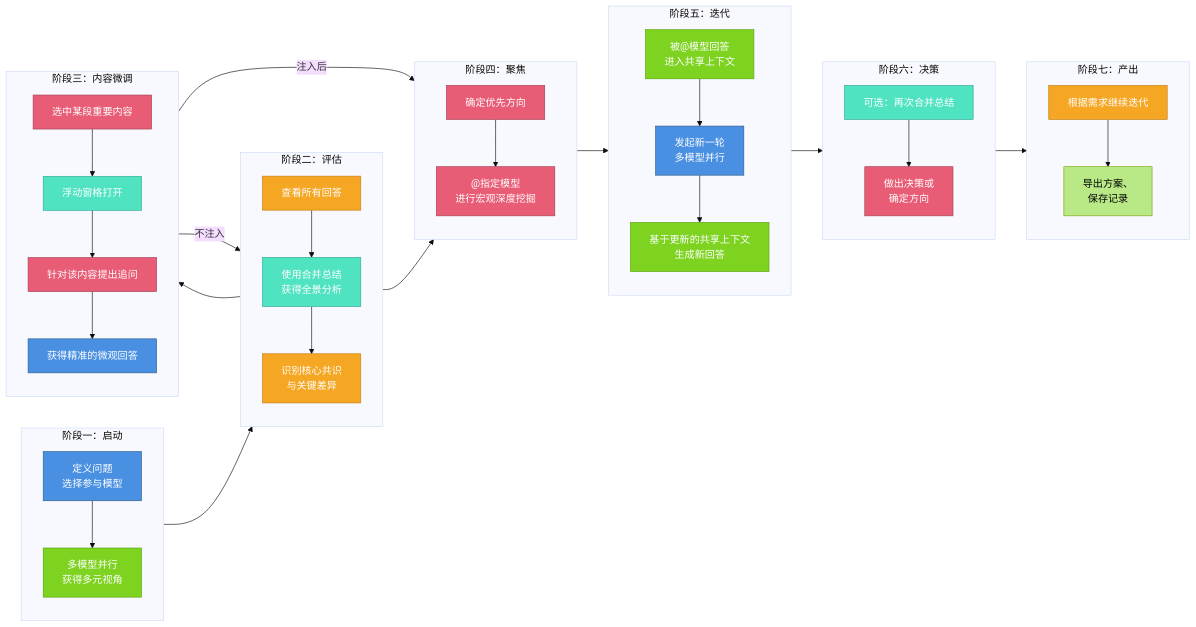
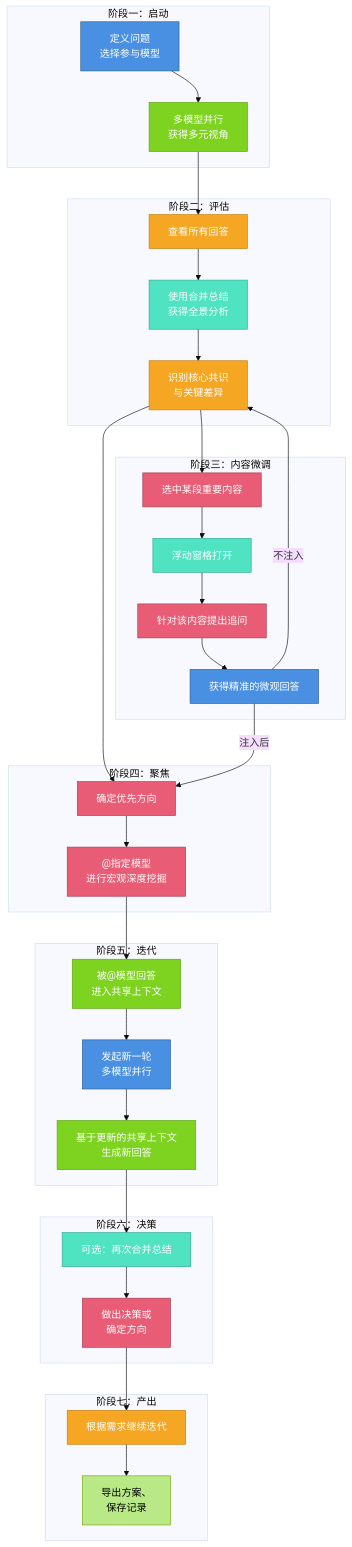
The ninth of 24 diagrams in openwebui介绍.md (Fu-Jie/awesome-openwebui), drawn with Mermaid (base theme) before and after one commit. The commit also changed other lines of this file, not shown here.

Commit message:
优化工作流图示：简化多个阶段的连接方式，提升可读性和逻辑清晰度

````diff
--- a/openwebui介绍.md
+++ b/openwebui介绍.md
@@ -459,66 +443,47 @@
 ```mermaid
-graph LR
+graph TD
+
+    A ~~~ J
+
+    %% Column 1
     subgraph "阶段一：启动"
-        direction TD
-        A["定义问题<br/>选择参与模型"]
-        B["多模型并行<br/>获得多元视角"]
-        A --> B
+        A["定义问题<br/>选择参与模型"] --> B["多模型并行<br/>获得多元视角"]
     end
     
     subgraph "阶段二：评估"
-        direction TD
-        C["查看所有回答"]
-        D["使用合并总结<br/>获得全景分析"]
-        E["识别核心共识<br/>与关键差异"]
-        C --> D --> E
+        C["查看所有回答"] --> D["使用合并总结<br/>获得全景分析"] --> E["识别核心共识<br/>与关键差异"]
     end
     
     subgraph "阶段三：内容微调"
-        direction TD
-        F["选中某段重要内容"]
-        G["浮动窗格打开"]
-        H["针对该内容提出追问"]
-        I["获得精准的微观回答"]
-        F --> G --> H --> I
+        F["选中某段重要内容"] --> G["浮动窗格打开"] --> H["针对该内容提出追问"] --> I["获得精准的微观回答"]
     end
-    
+
+    %% Column 2
     subgraph "阶段四：聚焦"
-        direction TD
-        J["确定优先方向"]
-        K["@指定模型<br/>进行宏观深度挖掘"]
-        J --> K
+        J["确定优先方向"] --> K["@指定模型<br/>进行宏观深度挖掘"]
     end
-    
+
     subgraph "阶段五：迭代"
-        direction TD
-        L["被@模型回答<br/>进入共享上下文"]
-        M["发起新一轮<br/>多模型并行"]
-        N["基于更新的共享上下文<br/>生成新回答"]
-        L --> M --> N
+        L["被@模型回答<br/>进入共享上下文"] --> M["发起新一轮<br/>多模型并行"] --> N["基于更新的共享上下文<br/>生成新回答"]
     end
-    
+
     subgraph "阶段六：决策"
-        direction TD
-        O["可选：再次合并总结"]
-        P["做出决策或<br/>确定方向"]
-        O --> P
+        O["可选：再次合并总结"] --> P["做出决策或<br/>确定方向"]
     end
-    
+
     subgraph "阶段七：产出"
-        direction TD
-        Q["根据需求继续迭代"]
-        R["导出方案、<br/>保存记录"]
-        Q --> R
+        Q["根据需求继续迭代"] --> R["导出方案、<br/>保存记录"]
     end
-    
+
+    %% Connections
     B --> C
     E --> F
+    K --> L
+    N --> O
+    P --> Q
     E --> J
     I -->|注入后| J
     I -->|不注入| E
-    K --> L
-    N --> O
-    P --> Q
     
     style A fill:#4A90E2,stroke:#2E5C8A,color:#fff
     style B fill:#7ED321,stroke:#5BA30A,color:#fff
````
